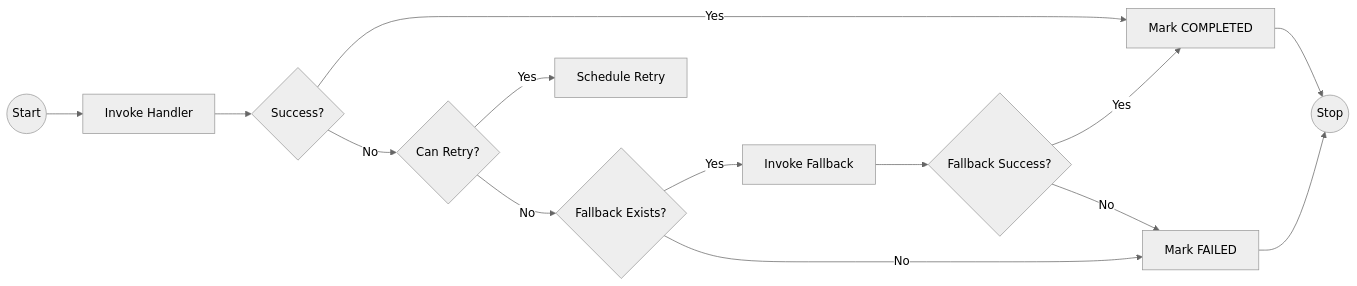
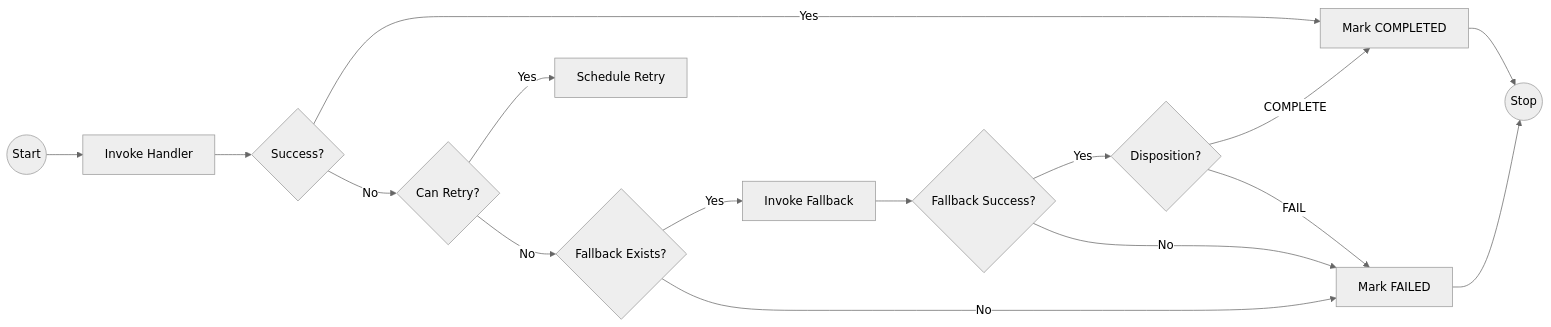
One commit to namastack/namastack-website changed the first of 4 diagrams in docs/reference/processing.md. Above: the diagram before and after it, drawn with Mermaid (neutral theme). The commit also changed other lines of this file and 1 other file, not shown here.

````diff
--- a/docs/reference/processing.md
+++ b/docs/reference/processing.md
@@ -26,23 +26,25 @@
 ```mermaid
 flowchart LR
     A((Start)) --> B[Invoke Handler]
     B --> C{Success?}
 
     C -- Yes --> Z[Mark COMPLETED]
     C -- No --> D{Can Retry?}
 
     D -- Yes --> E[Schedule Retry]
 
     D -- No --> F{Fallback Exists?}
 
     F -- Yes --> G[Invoke Fallback]
     G --> H{Fallback Success?}
 
-    H -- Yes --> Z
+    H -- Yes --> I{Disposition?}
+    I -- COMPLETE --> Z
+    I -- FAIL --> Y
     H -- No --> Y[Mark FAILED]
 
     F -- No --> Y
 
     Y --> S((Stop))
     Z --> S((Stop))
 ```
````
